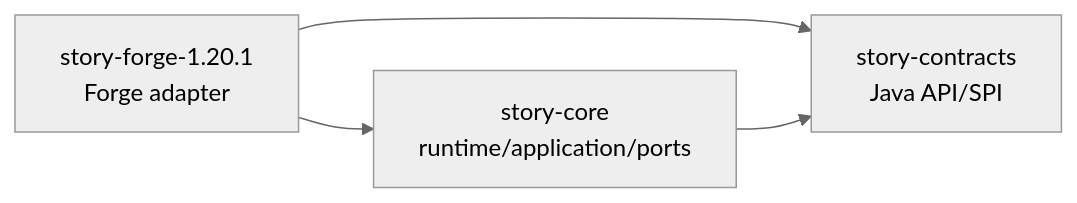
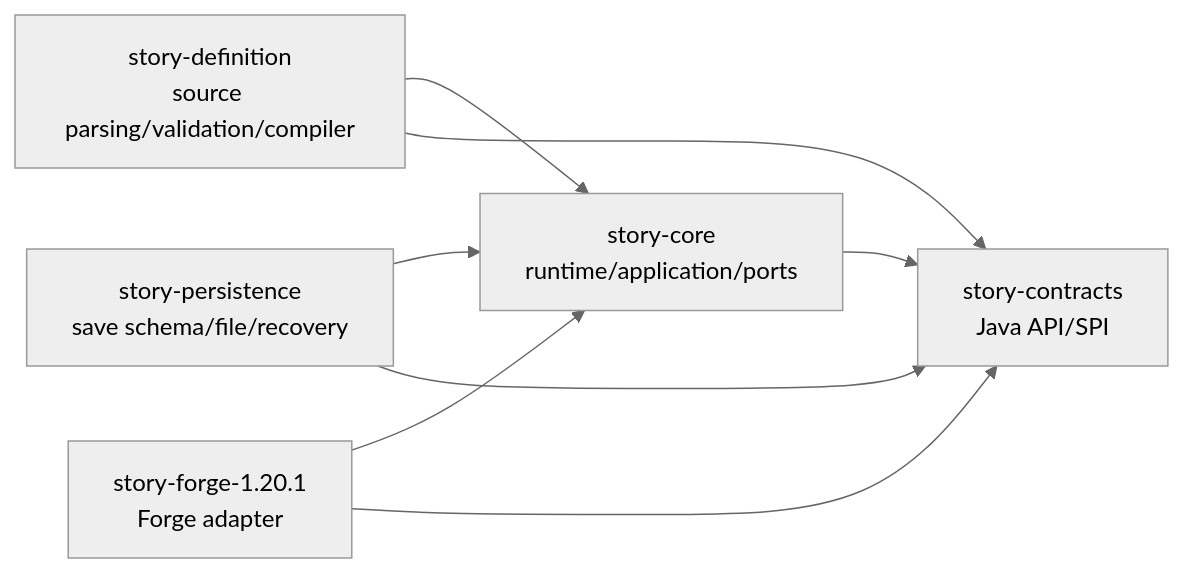
One commit to kxyr0/EchoStoryEngine2.0 changed the diagram in docs/architecture/PROJECT_MAP.md. Above: the diagram before and after it, drawn with Mermaid (neutral theme). The commit also changed other lines of this file and 85 other files, not shown here.

````diff
--- a/docs/architecture/PROJECT_MAP.md
+++ b/docs/architecture/PROJECT_MAP.md
@@ -13,9 +13,15 @@
 ```mermaid
 flowchart LR
     contracts["story-contracts\nJava API/SPI"]
     core["story-core\nruntime/application/ports"]
+    definition["story-definition\nsource parsing/validation/compiler"]
+    persistence["story-persistence\nsave schema/file/recovery"]
     forge["story-forge-1.20.1\nForge adapter"]
+    definition --> core
+    definition --> contracts
+    persistence --> core
+    persistence --> contracts
     forge --> core
     forge --> contracts
     core --> contracts
 ```
````
